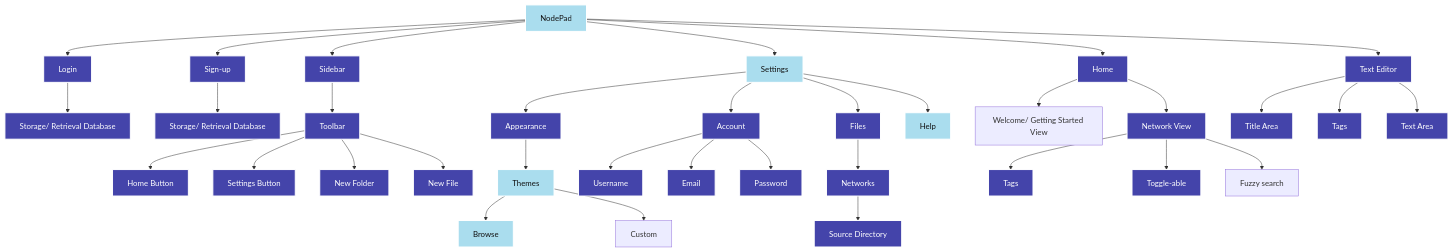
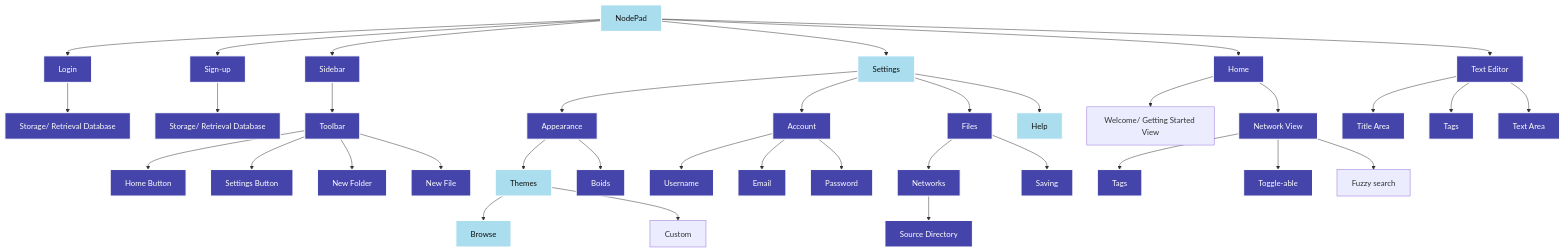
The second of 2 diagrams in writeup/2 - Iterative Development/2.3-Iteration3/2.3.2-functionality_of_prototype.md (samcalthrop/NodePad), drawn with Mermaid before and after one commit. The commit also changed other lines of this file and 65 other files, not shown here.

````diff
--- a/writeup/2 - Iterative Development/2.3-Iteration3/2.3.2-functionality_of_prototype.md
+++ b/writeup/2 - Iterative Development/2.3-Iteration3/2.3.2-functionality_of_prototype.md
@@ -80,47 +83,49 @@
 ```mermaid
 
 flowchart TD
 
 	A --> U[Login]:::highlight
 	U --> ZA[Storage/ Retrieval Database]:::highlight
 
 	A --> Z[Sign-up]:::highlight
 	Z --> ZU[Storage/ Retrieval Database]:::highlight
 
   A[NodePad]:::highlight-half --> B[Sidebar]:::highlight
   B --> C[Toolbar]:::highlight
   C --> E[Home Button]:::highlight
   C --> F[Settings Button]:::highlight
   C --> ZM[New Folder]:::highlight
   C --> J[New File]:::highlight
 
   A --> ZE[Settings]:::highlight-half
   ZE --> G[Appearance]:::highlight
   G --> H[Themes]:::highlight-half
+  G --> Boids:::highlight
   H --> Browse:::highlight-half
   H --> Custom
   ZE --> ZG[Account]:::highlight
   ZG --> ZR[Username]:::highlight
   ZG --> ZS[Email]:::highlight
   ZG --> ZT[Password]:::highlight
   ZE --> Y[Files]:::highlight
   Y --> ZF[Networks]:::highlight
   ZF --> ZN[Source Directory]:::highlight
+  Y --> Saving:::highlight
   ZE --> Help:::highlight-half
 
   A --> K[Home]:::highlight
   K --> L[Welcome/ Getting Started View]
   K --> M[Network View]:::highlight
   M --> Tags:::highlight
   M --> Toggle-able:::highlight
   M --> ZZ[Fuzzy search]
 
   A --> Q[Text Editor]:::highlight
   Q --> R[Title Area]:::highlight
   Q --> S[Tags]:::highlight
   Q --> T[Text Area]:::highlight
 
   classDef highlight fill:#44a,stroke:#fff,stroke-width:2px,color:#fff
   classDef highlight-half fill:#ade,stroke:#fff,stroke-width:2px,color:#111
   classDef finished fill:#888888,stroke:#fff,stroke-width:2px,color:#111
 ```
````
